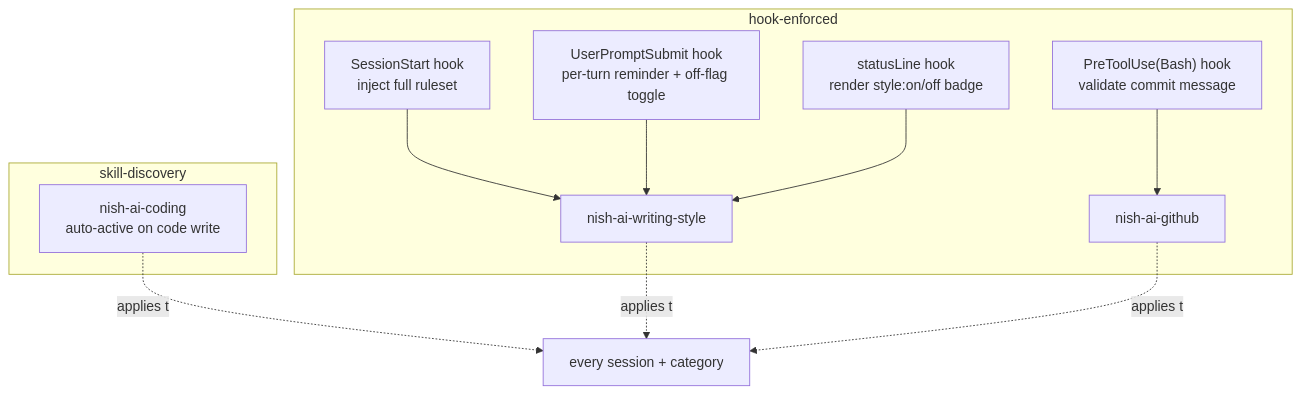
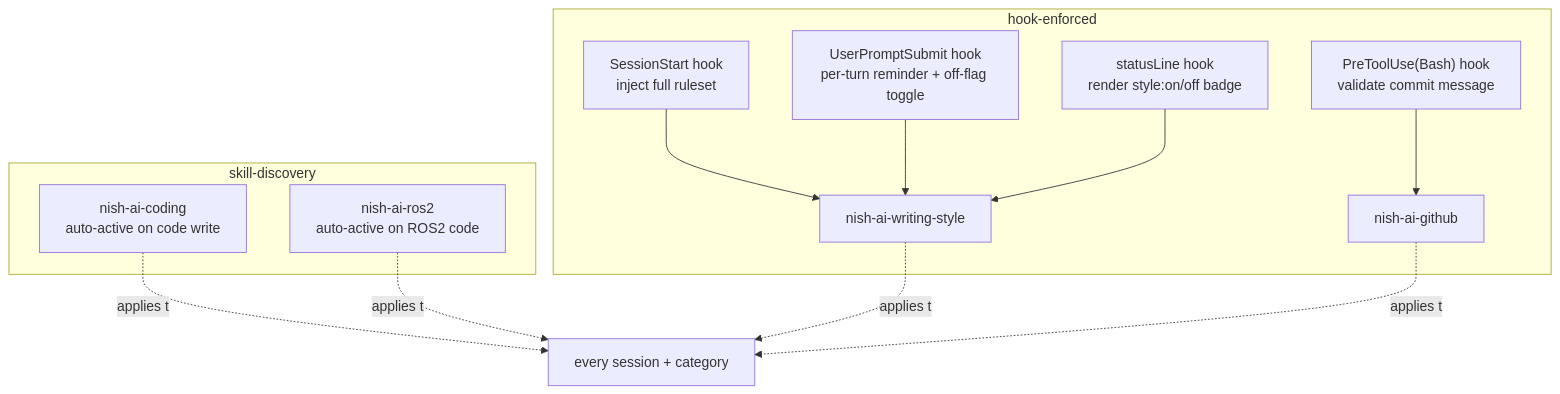
One commit to ubunish/nish-ai changed the third of 3 diagrams in README.md. Above: the diagram before and after it, drawn with Mermaid. The commit also changed other lines of this file, not shown here.

Commit message:
docs: document nish-ai-ros2 skill in README

````diff
--- a/README.md
+++ b/README.md
@@ -133,19 +135,21 @@
 ```mermaid
 flowchart TD
     subgraph hook["hook-enforced"]
         SS["SessionStart hook<br/>inject full ruleset"]
         UP["UserPromptSubmit hook<br/>per-turn reminder + off-flag toggle"]
         SL["statusLine hook<br/>render style:on/off badge"]
         PV["PreToolUse(Bash) hook<br/>validate commit message"]
         SS --> WS["nish-ai-writing-style"]
         UP --> WS
         SL --> WS
         PV --> GH["nish-ai-github"]
     end
     subgraph disc["skill-discovery"]
         CD["nish-ai-coding<br/>auto-active on code write"]
+        RO["nish-ai-ros2<br/>auto-active on ROS2 code"]
     end
     WS -.applies to.-> ALL["every session + category"]
     CD -.applies to.-> ALL
+    RO -.applies to.-> ALL
     GH -.applies to.-> ALL
 ```
````
